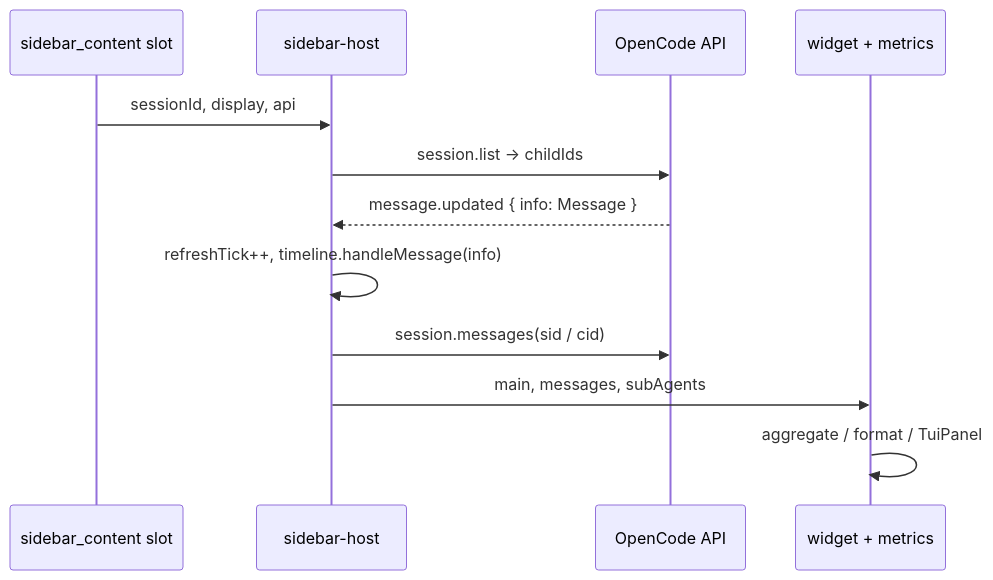
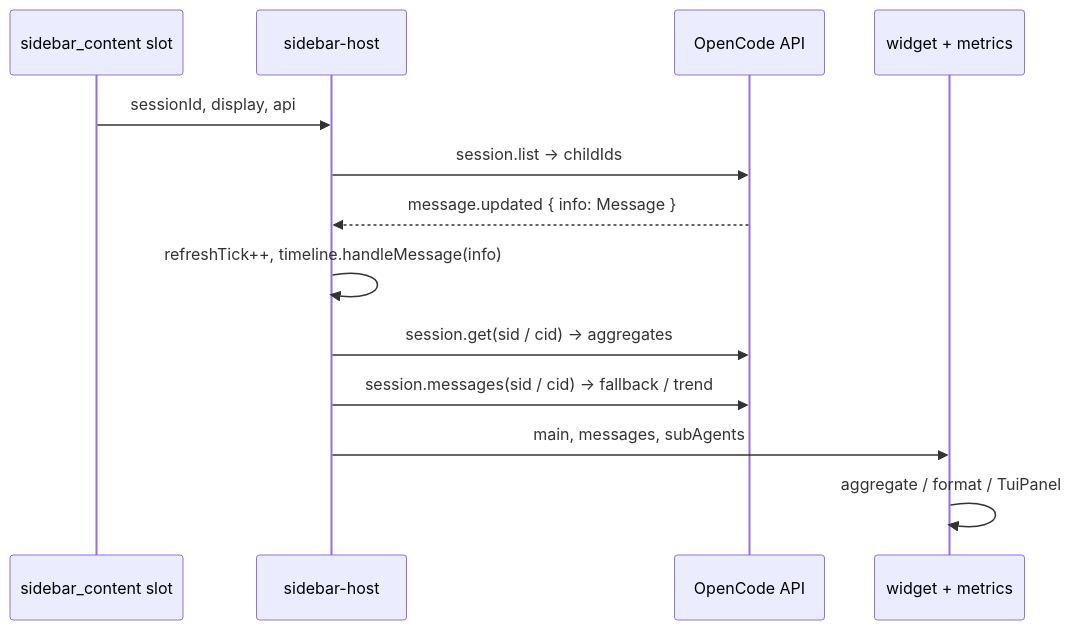
Before and after one commit to joaomj/opencode-cache-hit-plugin: the second of 4 diagrams in docs/en/design.md, drawn with Mermaid. The commit also changed other lines of this file and 11 other files, not shown here.

First line of the commit message:
fix: use session.get() aggregates to bypass 100-message cap

````diff
--- a/docs/en/design.md
+++ b/docs/en/design.md
@@ -51,15 +51,16 @@
 ```mermaid
 sequenceDiagram
   participant Slot as sidebar_content slot
   participant Host as sidebar-host
   participant API as OpenCode API
   participant W as widget + metrics
 
   Slot->>Host: sessionId, display, api
   Host->>API: session.list → childIds
   API-->>Host: message.updated { info: Message }
   Host->>Host: refreshTick++, timeline.handleMessage(info)
-  Host->>API: session.messages(sid / cid)
+  Host->>API: session.get(sid / cid) → aggregates
+  Host->>API: session.messages(sid / cid) → fallback / trend
   Host->>W: main, messages, subAgents
   W->>W: aggregate / format / TuiPanel
 ```
````
